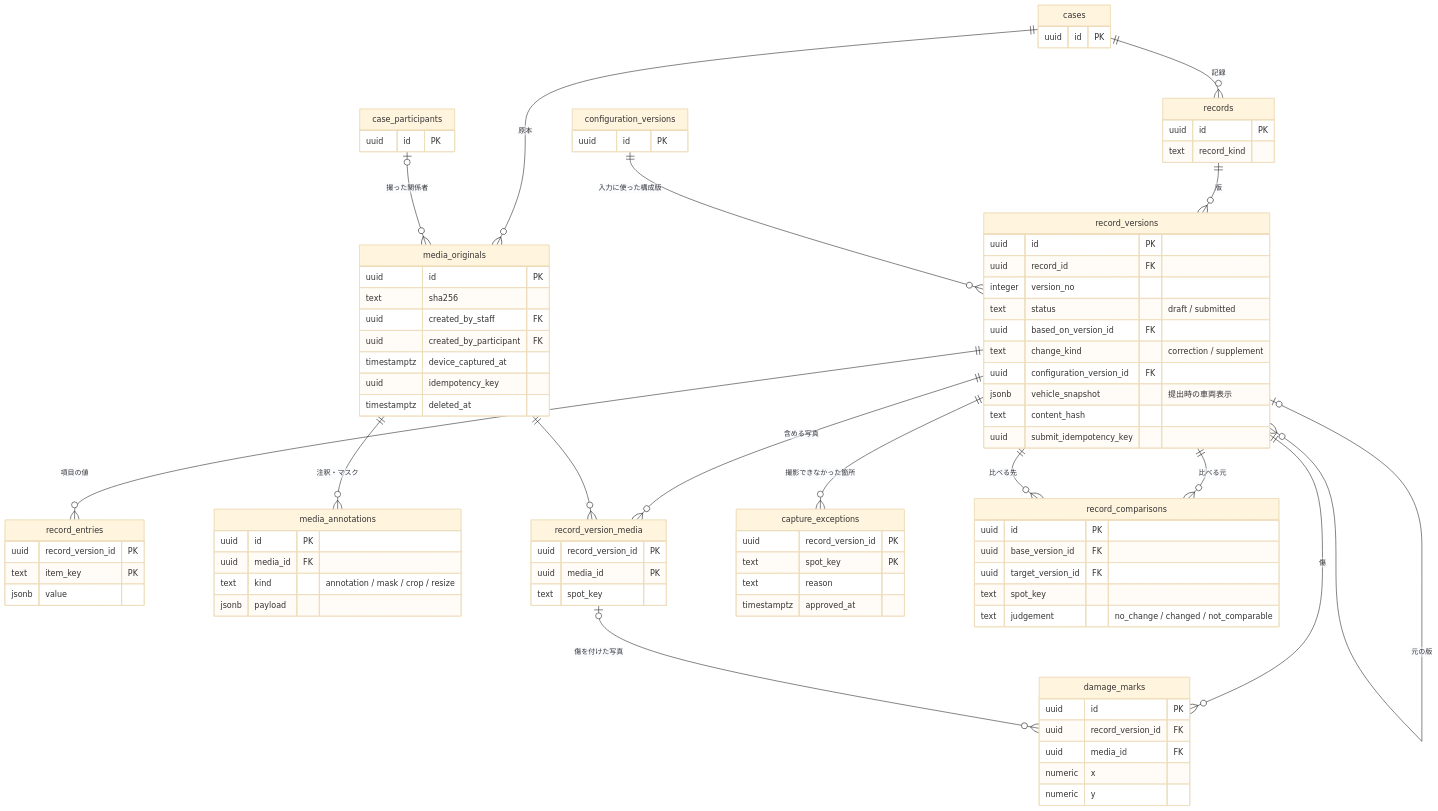
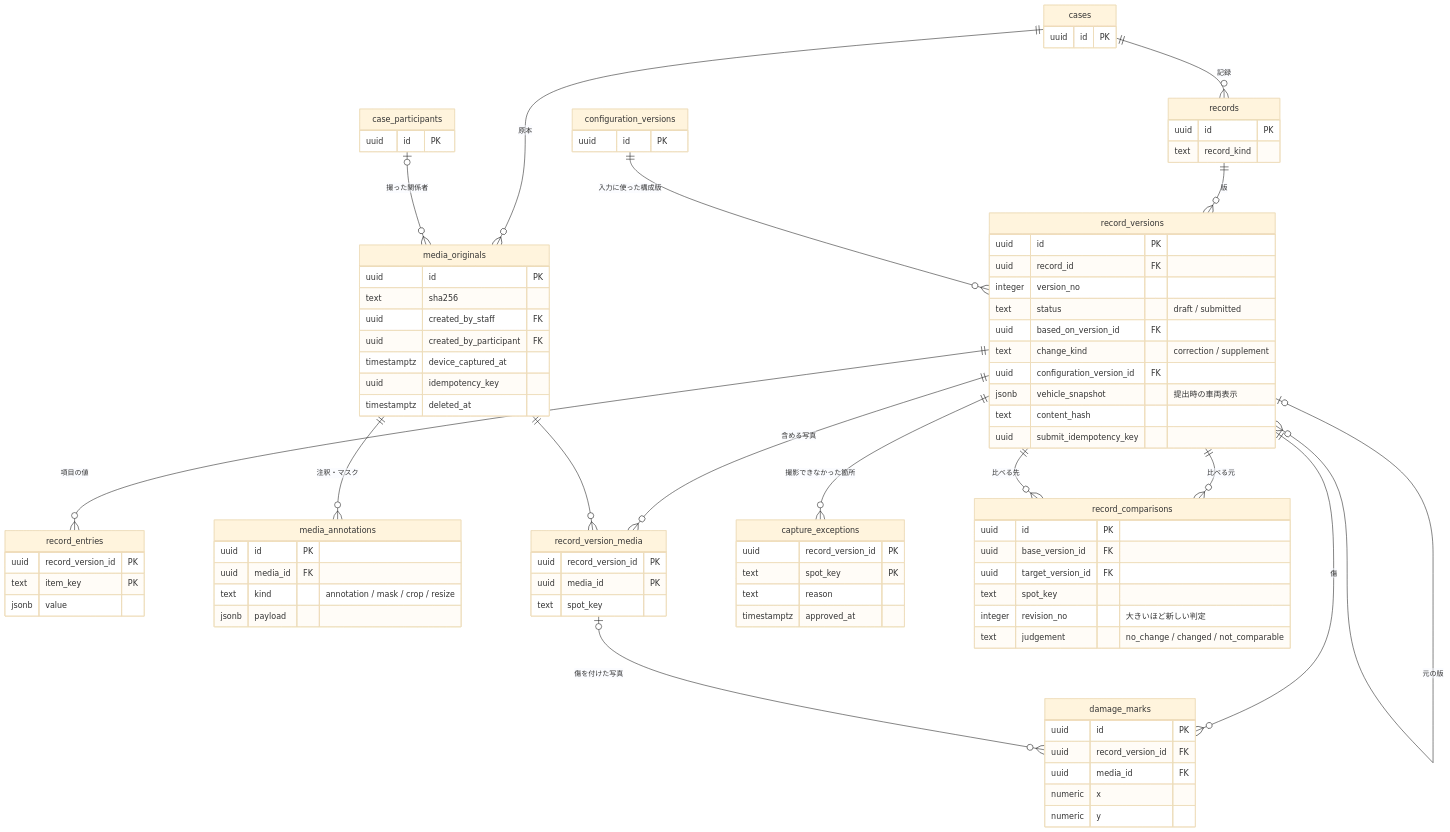
Before and after one commit to nao317/mobile_tracer: the second of 4 diagrams in docs/schema/er.md, drawn with Mermaid (base theme). The commit also changed other lines of this file and 5 other files, not shown here.

````diff
--- a/docs/schema/er.md
+++ b/docs/schema/er.md
@@ -235,6 +235,7 @@
     uuid base_version_id FK
     uuid target_version_id FK
     text spot_key
+    integer revision_no "大きいほど新しい判定"
     text judgement "no_change / changed / not_comparable"
   }
 ```
````
